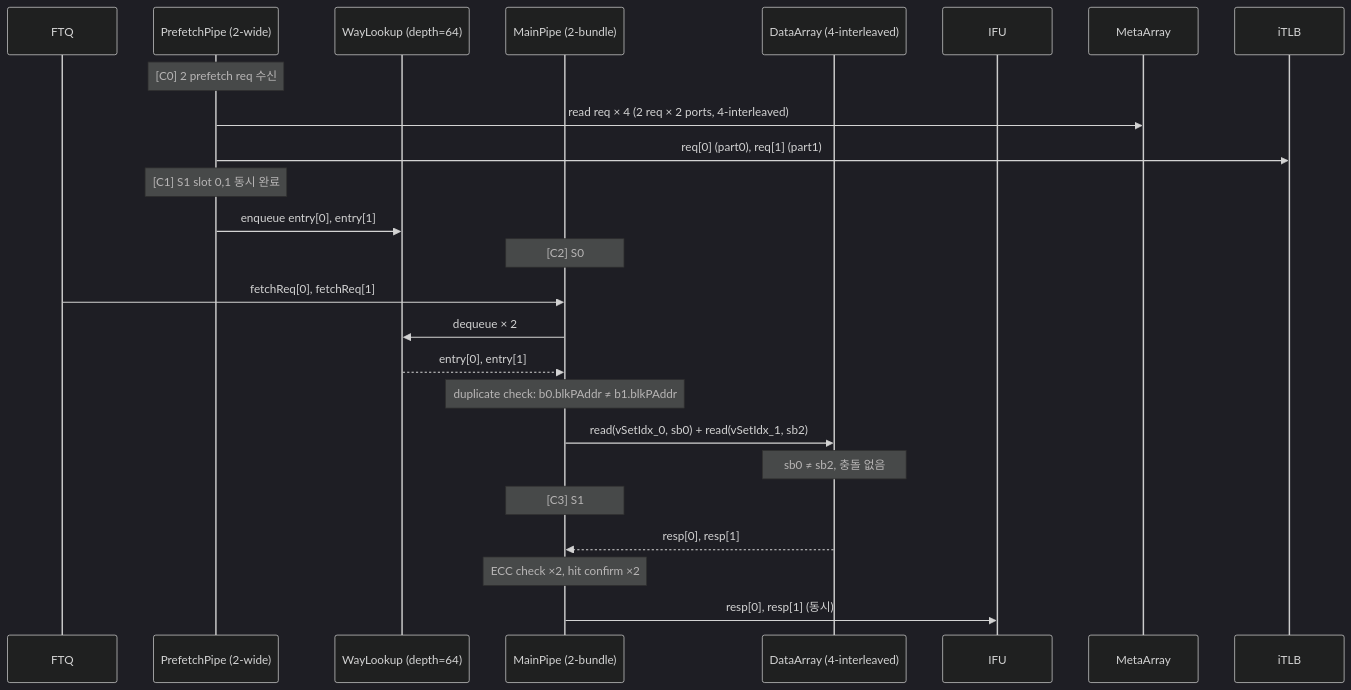
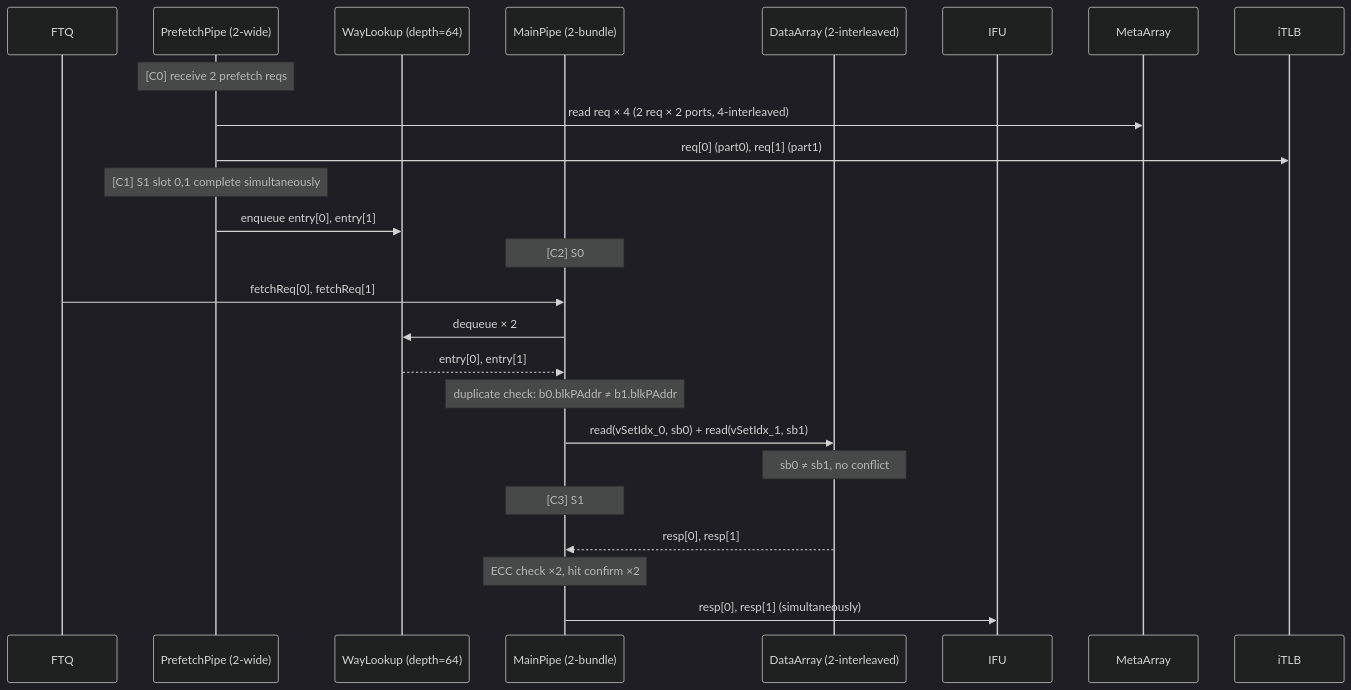
Before and after one commit to cinkeun/CPU_XS_02172026: the first of 4 diagrams in src/main/scala/xiangshan/frontend/doc/2fetch_icache_design_req.md, drawn with Mermaid (dark theme). The commit also changed other lines of this file and 7 other files, not shown here.

````diff
--- a/src/main/scala/xiangshan/frontend/doc/2fetch_icache_design_req.md
+++ b/src/main/scala/xiangshan/frontend/doc/2fetch_icache_design_req.md
@@ -1039,29 +1046,29 @@
 ```mermaid
 sequenceDiagram
     participant FTQ
     participant PP as PrefetchPipe (2-wide)
     participant WL as WayLookup (depth=64)
     participant MP as MainPipe (2-bundle)
-    participant Data as DataArray (4-interleaved)
+    participant Data as DataArray (2-interleaved)
     participant IFU
 
-    Note over PP: [C0] 2 prefetch req 수신
+    Note over PP: [C0] receive 2 prefetch reqs
     PP ->> MetaArray: read req × 4 (2 req × 2 ports, 4-interleaved)
     PP ->> iTLB: req[0] (part0), req[1] (part1)
 
-    Note over PP: [C1] S1 slot 0,1 동시 완료
+    Note over PP: [C1] S1 slot 0,1 complete simultaneously
     PP ->> WL: enqueue entry[0], entry[1]
 
     Note over MP: [C2] S0
     FTQ ->> MP: fetchReq[0], fetchReq[1]
     MP ->> WL: dequeue × 2
     WL -->> MP: entry[0], entry[1]
     Note over MP: duplicate check: b0.blkPAddr ≠ b1.blkPAddr
-    MP ->> Data: read(vSetIdx_0, sb0) + read(vSetIdx_1, sb2)
-    Note over Data: sb0 ≠ sb2, 충돌 없음
+    MP ->> Data: read(vSetIdx_0, sb0) + read(vSetIdx_1, sb1)
+    Note over Data: sb0 ≠ sb1, no conflict
 
     Note over MP: [C3] S1
     Data -->> MP: resp[0], resp[1]
     Note over MP: ECC check ×2, hit confirm ×2
-    MP ->> IFU: resp[0], resp[1] (동시)
+    MP ->> IFU: resp[0], resp[1] (simultaneously)
 ```
````
